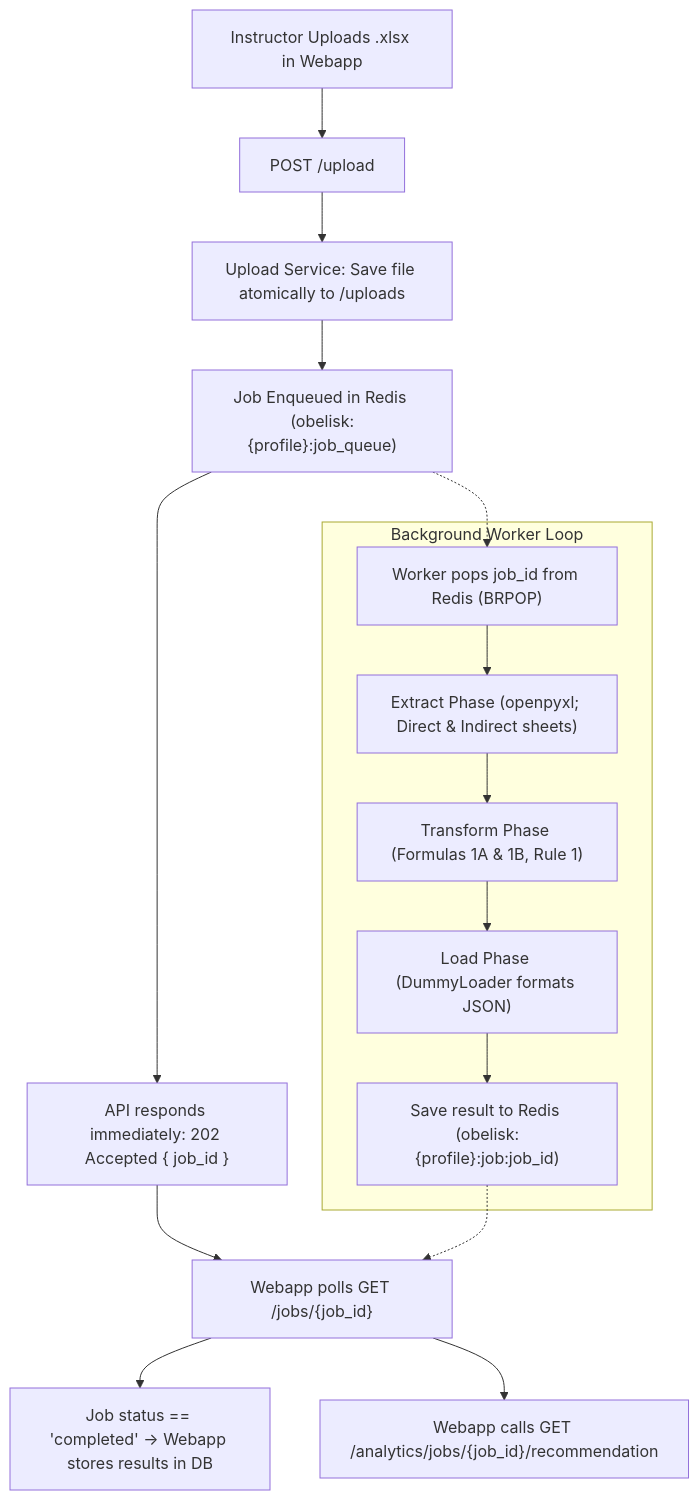
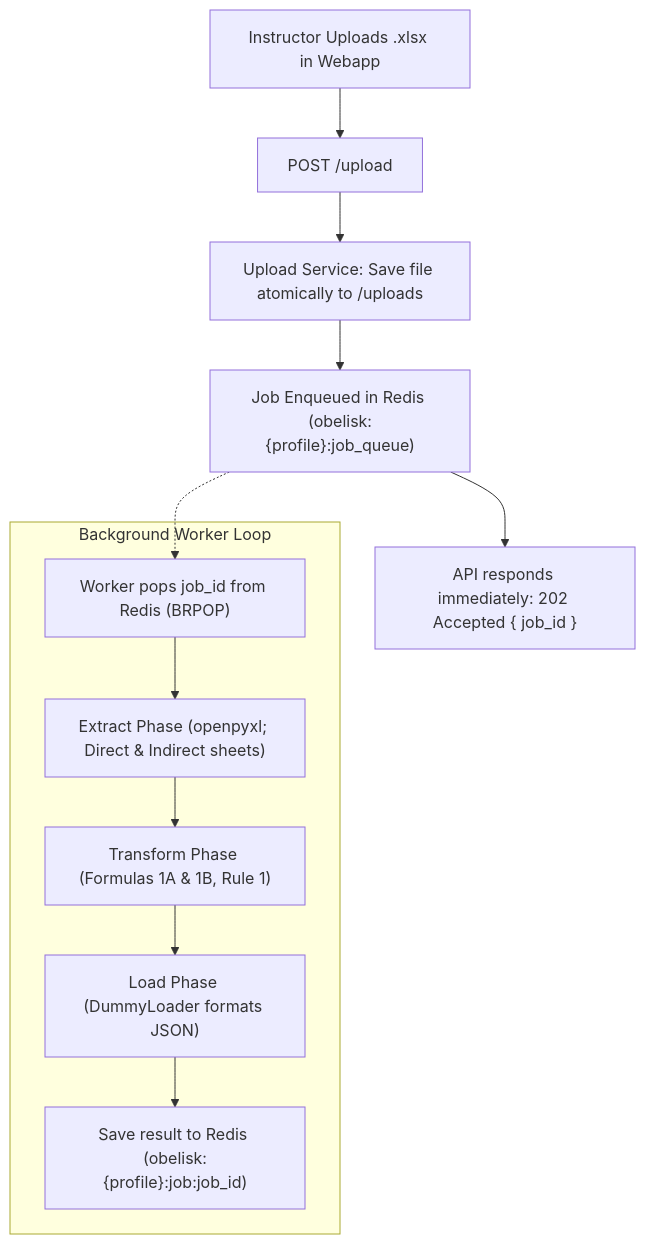
One commit to Zerodayu/Obelisk changed the first of 2 diagrams in apps/python-server/documentations/SYSTEM_PROCESS_EXPLAINED.md. Above: the diagram before and after it, drawn with Mermaid. The commit also changed other lines of this file and 15 other files, not shown here.

First line of the commit message:
fix(analytics, tests): fix E2E recommendation truncation and validate CQI schema

````diff
--- a/apps/python-server/documentations/SYSTEM_PROCESS_EXPLAINED.md
+++ b/apps/python-server/documentations/SYSTEM_PROCESS_EXPLAINED.md
@@ -85,21 +85,17 @@
 ```mermaid
 flowchart TD
     A["Instructor Uploads .xlsx in Webapp"] --> B["POST /upload"]
     B --> C["Upload Service: Save file atomically to /uploads"]
     C --> D["Job Enqueued in Redis (obelisk:{profile}:job_queue)"]
     D --> E["API responds immediately: 202 Accepted { job_id }"]
     
     subgraph Background Worker Loop
         F["Worker pops job_id from Redis (BRPOP)"]
         F --> G["Extract Phase (openpyxl; Direct & Indirect sheets)"]
         G --> H["Transform Phase (Formulas 1A & 1B, Rule 1)"]
         H --> I["Load Phase (DummyLoader formats JSON)"]
         I --> J["Save result to Redis (obelisk:{profile}:job:job_id)"]
     end
     
     D -.-> F
-    E --> K["Webapp polls GET /jobs/{job_id}"]
-    J -.-> K
-    K --> L["Job status == 'completed' -> Webapp stores results in DB"]
-    K --> M["Webapp calls GET /analytics/jobs/{job_id}/recommendation"]
 ```
````
